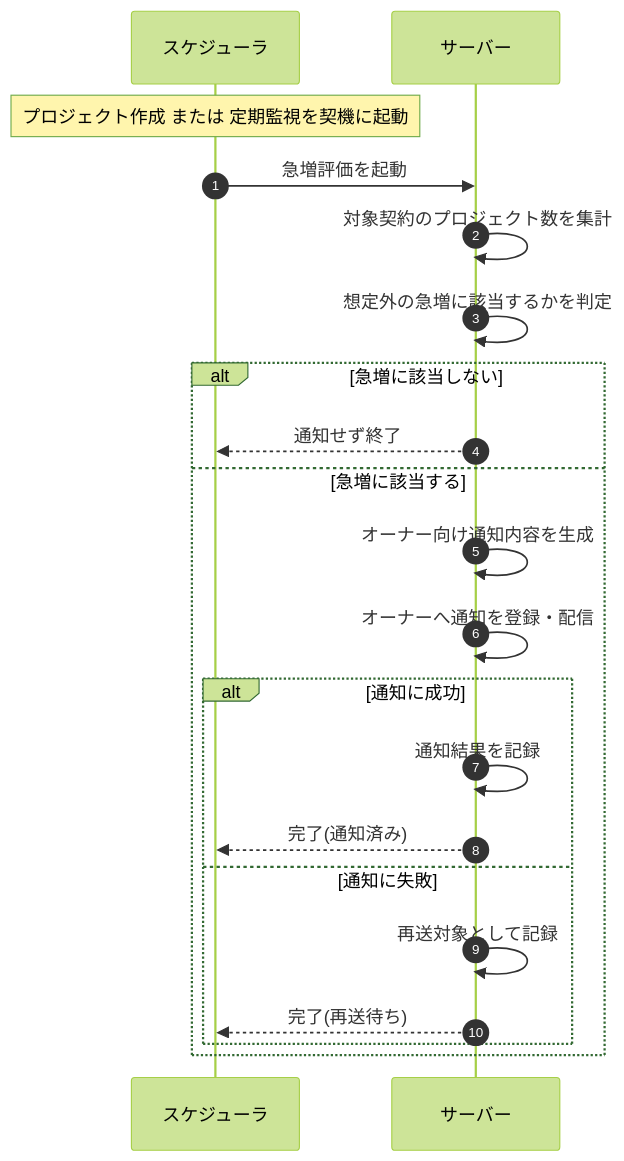
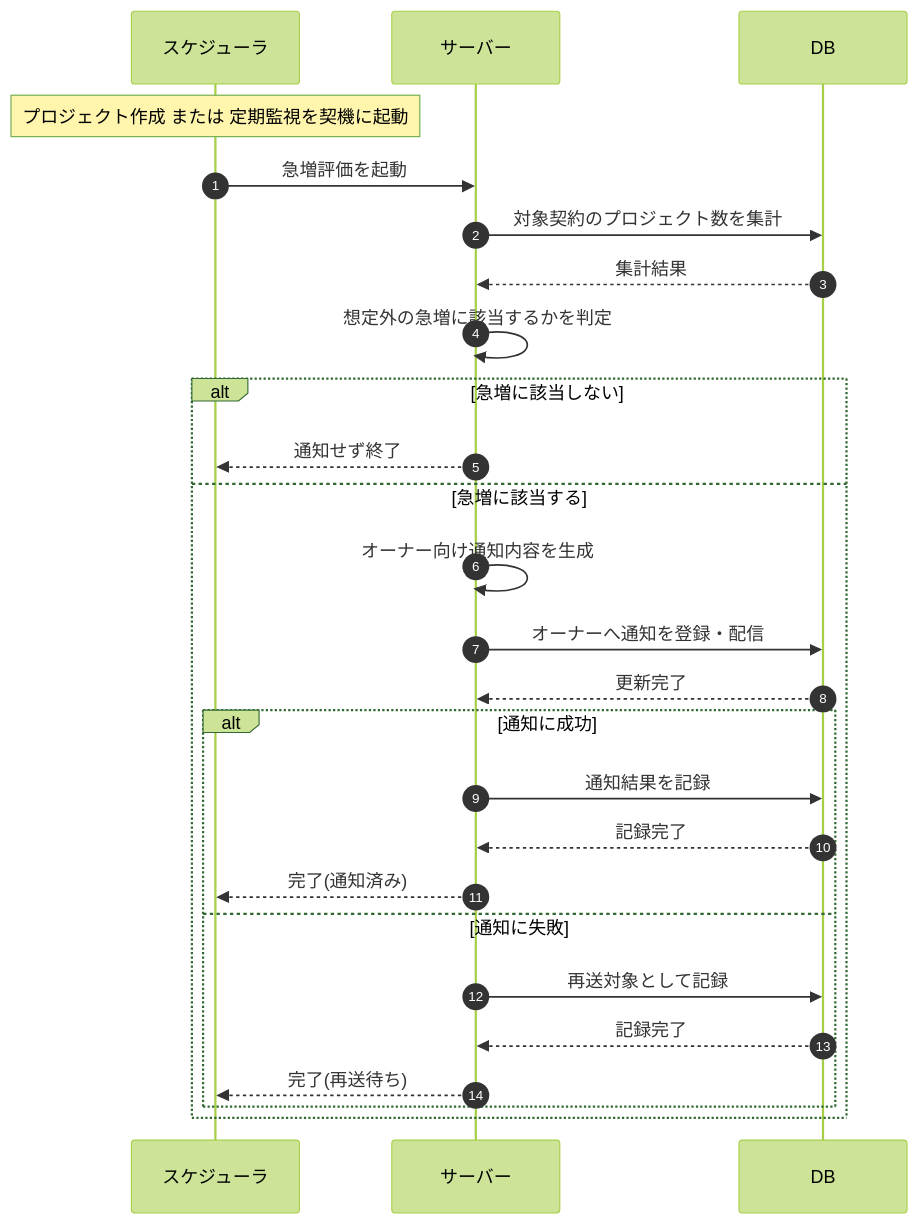
Before and after one commit to sikakou54/open-faq: the diagram in 02_basic_design/03_sequences/SEQ-109.md, drawn with Mermaid (forest theme). The commit also changed other lines of this file and 122 other files, not shown here.

First line of the commit message:
シーケンス図に DB アクターを追加(DB 操作をサーバー自己メッセージから分離)

````diff
--- a/02_basic_design/03_sequences/SEQ-109.md
+++ b/02_basic_design/03_sequences/SEQ-109.md
@@ -26,23 +26,28 @@
 ```mermaid
 sequenceDiagram
   autonumber
   participant SCH as スケジューラ
   participant Server as サーバー
+  participant DB as DB
   Note over SCH: プロジェクト作成 または 定期監視を契機に起動
   SCH->>Server: 急増評価を起動
-  Server->>Server: 対象契約のプロジェクト数を集計
+  Server->>DB: 対象契約のプロジェクト数を集計
+  DB-->>Server: 集計結果
   Server->>Server: 想定外の急増に該当するかを判定
   alt 急増に該当しない
     Server-->>SCH: 通知せず終了
   else 急増に該当する
     Server->>Server: オーナー向け通知内容を生成
-    Server->>Server: オーナーへ通知を登録・配信
+    Server->>DB: オーナーへ通知を登録・配信
+    DB-->>Server: 更新完了
     alt 通知に成功
-      Server->>Server: 通知結果を記録
+      Server->>DB: 通知結果を記録
+      DB-->>Server: 記録完了
       Server-->>SCH: 完了(通知済み)
     else 通知に失敗
-      Server->>Server: 再送対象として記録
+      Server->>DB: 再送対象として記録
+      DB-->>Server: 記録完了
       Server-->>SCH: 完了(再送待ち)
     end
   end
 ```
````
